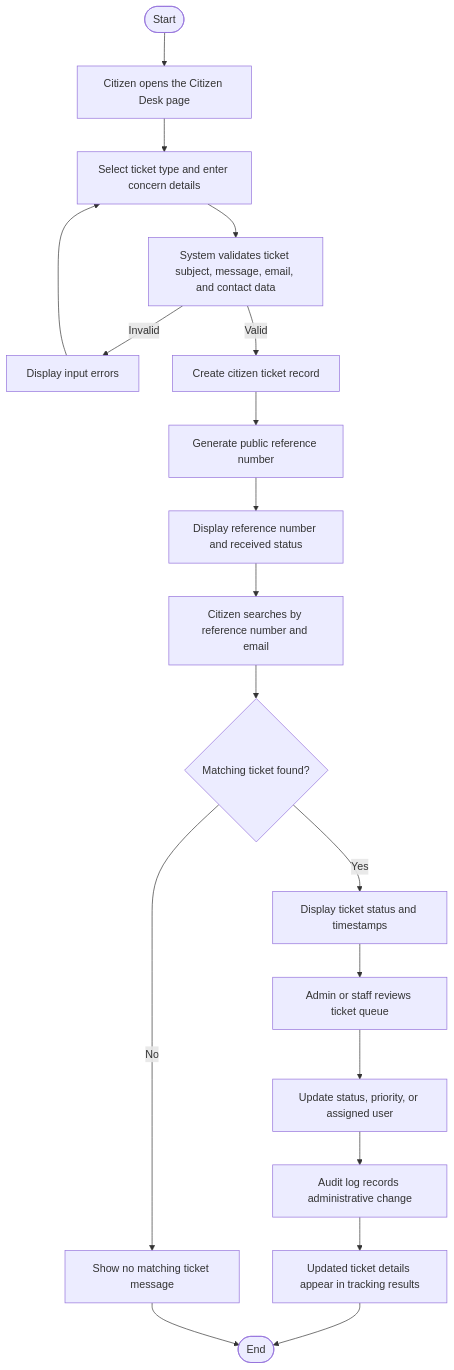
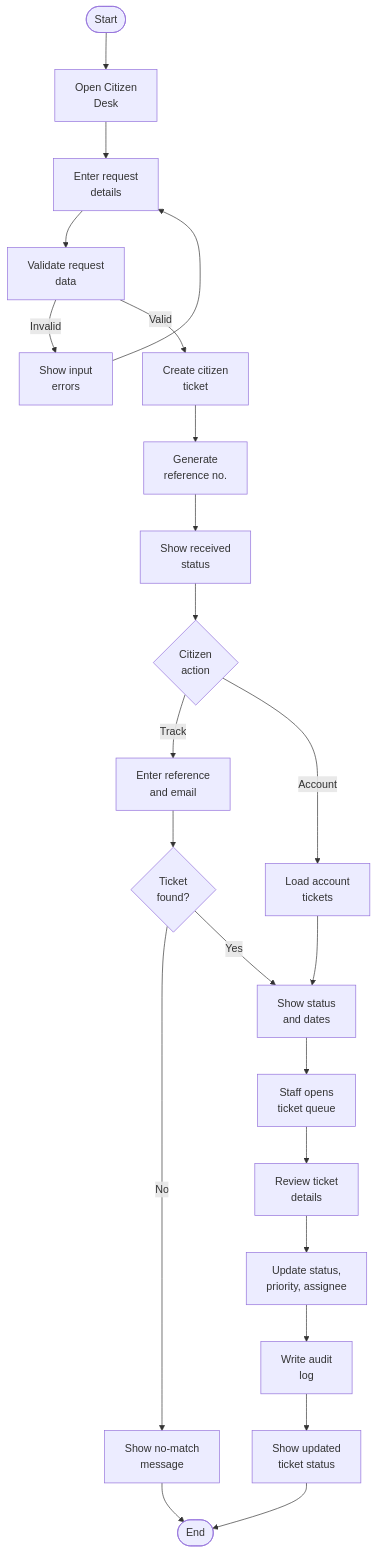
The fifth of 7 diagrams in Methodology/3.2.1-Activity-Diagram.md (txiaoqt/lydo-connect-org-focused), drawn with Mermaid before and after one commit. The commit also changed other lines of this file and 5 other files, not shown here.

````diff
--- a/Methodology/3.2.1-Activity-Diagram.md
+++ b/Methodology/3.2.1-Activity-Diagram.md
@@ -87,21 +128,26 @@
 ```mermaid
+%%{init: {"flowchart": {"htmlLabels": true, "nodeSpacing": 45, "rankSpacing": 55}} }%%
 flowchart TD
-    A([Start]) --> B[Citizen opens the Citizen Desk page]
-    B --> C[Select ticket type and enter concern details]
-    C --> D[System validates ticket subject, message, email, and contact data]
-    D -- Invalid --> E[Display input errors]
+    A([Start]) --> B["Open Citizen<br/>Desk"]
+    B --> C["Enter request<br/>details"]
+    C --> D["Validate request<br/>data"]
+    D -- Invalid --> E["Show input<br/>errors"]
     E --> C
-    D -- Valid --> F[Create citizen ticket record]
-    F --> G[Generate public reference number]
-    G --> H[Display reference number and received status]
-    H --> I[Citizen searches by reference number and email]
-    I --> J{Matching ticket found?}
-    J -- No --> K[Show no matching ticket message]
-    J -- Yes --> L[Display ticket status and timestamps]
-    L --> M[Admin or staff reviews ticket queue]
-    M --> N[Update status, priority, or assigned user]
-    N --> O[Audit log records administrative change]
-    O --> P[Updated ticket details appear in tracking results]
-    P --> Q([End])
-    K --> Q
+    D -- Valid --> F["Create citizen<br/>ticket"]
+    F --> G["Generate<br/>reference no."]
+    G --> H["Show received<br/>status"]
+    H --> I{"Citizen<br/>action"}
+    I -- Track --> J["Enter reference<br/>and email"]
+    I -- Account --> K["Load account<br/>tickets"]
+    J --> L{"Ticket<br/>found?"}
+    L -- No --> M["Show no-match<br/>message"]
+    L -- Yes --> N["Show status<br/>and dates"]
+    K --> N
+    N --> O["Staff opens<br/>ticket queue"]
+    O --> P["Review ticket<br/>details"]
+    P --> Q["Update status,<br/>priority, assignee"]
+    Q --> R["Write audit<br/>log"]
+    R --> S["Show updated<br/>ticket status"]
+    S --> T([End])
+    M --> T
 ```
````
